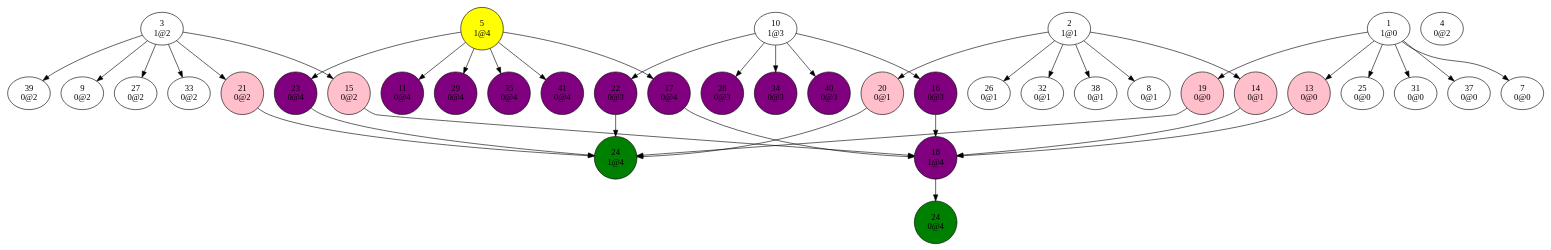
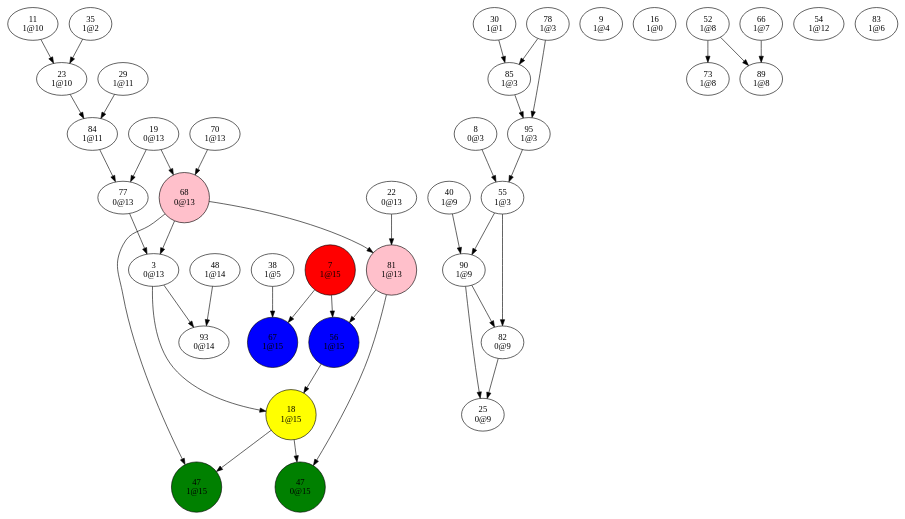
The diagram in dev/bin/conflictGraph3.dot (Oxmose/SATSolver), drawn with Graphviz before and after one commit. The commit also changed 18 other files, not shown here.

```diff
--- a/dev/bin/conflictGraph3.dot
+++ b/dev/bin/conflictGraph3.dot
@@ -1,208 +1,157 @@
 digraph {
-"1
-1@0"->"7
-0@0";
-"1
-1@0"->"13
-0@0";
-"1
-1@0"->"19
-0@0";
-"1
-1@0"->"25
-0@0";
-"1
-1@0"->"31
-0@0";
-"1
-1@0"->"37
-0@0";
-"2
-1@1"->"8
-0@1";
-"2
-1@1"->"14
-0@1";
-"2
-1@1"->"20
-0@1";
-"2
-1@1"->"26
-0@1";
-"2
-1@1"->"32
-0@1";
-"2
-1@1"->"38
-0@1";
 "3
-1@2"->"9
-0@2";
+0@13"->"18
+1@15";
 "3
-1@2"->"15
-0@2";
-"3
-1@2"->"21
-0@2";
-"3
-1@2"->"27
-0@2";
-"3
-1@2"->"33
-0@2";
-"3
-1@2"->"39
-0@2";
-"4
-0@2";
-"5
-1@4"->"11
-0@4";
-"5
-1@4"->"17
-0@4";
-"5
-1@4"->"23
-0@4";
-"5
-1@4"->"29
-0@4";
-"5
-1@4"->"35
-0@4";
-"5
-1@4"->"41
-0@4";
+0@13"->"93
+0@14";
 "7
-0@0";
+1@15"->"56
+1@15";
+"7
+1@15"->"67
+1@15";
 "8
-0@1";
+0@3"->"55
+1@3";
 "9
-0@2";
-"10
-1@3"->"16
-0@3";
-"10
-1@3"->"22
-0@3";
-"10
-1@3"->"28
-0@3";
-"10
-1@3"->"34
-0@3";
-"10
-1@3"->"40
-0@3";
+1@4";
 "11
-0@4";
-"13
-0@0"->"18
-1@4";
-"14
-0@1"->"18
-1@4";
-"15
-0@2"->"18
-1@4";
+1@10"->"23
+1@10";
 "16
-0@3"->"18
-1@4";
-"17
-0@4"->"18
-1@4";
+1@0";
 "18
-1@4"->"24
-0@4";
+1@15"->"47
+0@15";
+"18
+1@15"->"47
+1@15";
 "19
-0@0"->"24
-1@4";
-"20
-0@1"->"24
-1@4";
-"21
-0@2"->"24
-1@4";
+0@13"->"68
+0@13";
+"19
+0@13"->"77
+0@13";
 "22
-0@3"->"24
-1@4";
+0@13"->"81
+1@13";
 "23
-0@4"->"24
-1@4";
-"24
-0@4";
-"24
-1@4";
+1@10"->"84
+1@11";
 "25
-0@0";
-"26
-0@1";
-"27
-0@2";
-"28
-0@3";
+0@9";
 "29
-0@4";
-"31
-0@0";
-"32
-0@1";
-"33
-0@2";
-"34
-0@3";
+1@11"->"84
+1@11";
+"30
+1@1"->"85
+1@3";
 "35
-0@4";
-"37
-0@0";
+1@2"->"23
+1@10";
 "38
-0@1";
-"39
-0@2";
+1@5"->"67
+1@15";
 "40
-0@3";
-"41
-0@4";
-"5
-1@4"[shape=circle, style=filled, fillcolor=yellow];
-"11
-0@4"[shape=circle, style=filled, fillcolor=purple];
-"13
-0@0"[shape=circle, style=filled, fillcolor=pink];
-"14
-0@1"[shape=circle, style=filled, fillcolor=pink];
-"15
-0@2"[shape=circle, style=filled, fillcolor=pink];
-"16
-0@3"[shape=circle, style=filled, fillcolor=purple];
-"17
-0@4"[shape=circle, style=filled, fillcolor=purple];
+1@9"->"90
+1@9";
+"47
+0@15";
+"47
+1@15";
+"48
+1@14"->"93
+0@14";
+"52
+1@8"->"73
+1@8";
+"52
+1@8"->"89
+1@8";
+"54
+1@12";
+"55
+1@3"->"82
+0@9";
+"55
+1@3"->"90
+1@9";
+"56
+1@15"->"18
+1@15";
+"66
+1@7"->"89
+1@8";
+"67
+1@15";
+"68
+0@13"->"3
+0@13";
+"68
+0@13"->"47
+1@15";
+"68
+0@13"->"81
+1@13";
+"70
+1@13"->"68
+0@13";
+"73
+1@8";
+"77
+0@13"->"3
+0@13";
+"78
+1@3"->"85
+1@3";
+"78
+1@3"->"95
+1@3";
+"81
+1@13"->"47
+0@15";
+"81
+1@13"->"56
+1@15";
+"82
+0@9"->"25
+0@9";
+"83
+1@6";
+"84
+1@11"->"77
+0@13";
+"85
+1@3"->"95
+1@3";
+"89
+1@8";
+"90
+1@9"->"25
+0@9";
+"90
+1@9"->"82
+0@9";
+"93
+0@14";
+"95
+1@3"->"55
+1@3";
+"7
+1@15"[shape=circle, style=filled, fillcolor=red];
 "18
-1@4"[shape=circle, style=filled, fillcolor=purple];
-"19
-0@0"[shape=circle, style=filled, fillcolor=pink];
-"20
-0@1"[shape=circle, style=filled, fillcolor=pink];
-"21
-0@2"[shape=circle, style=filled, fillcolor=pink];
-"22
-0@3"[shape=circle, style=filled, fillcolor=purple];
-"23
-0@4"[shape=circle, style=filled, fillcolor=purple];
-"24
-0@4"[shape=circle, style=filled, fillcolor=green];
-"24
-1@4"[shape=circle, style=filled, fillcolor=green];
-"28
-0@3"[shape=circle, style=filled, fillcolor=purple];
-"29
-0@4"[shape=circle, style=filled, fillcolor=purple];
-"34
-0@3"[shape=circle, style=filled, fillcolor=purple];
-"35
-0@4"[shape=circle, style=filled, fillcolor=purple];
-"40
-0@3"[shape=circle, style=filled, fillcolor=purple];
-"41
-0@4"[shape=circle, style=filled, fillcolor=purple];
+1@15"[shape=circle, style=filled, fillcolor=yellow];
+"47
+0@15"[shape=circle, style=filled, fillcolor=green];
+"47
+1@15"[shape=circle, style=filled, fillcolor=green];
+"56
+1@15"[shape=circle, style=filled, fillcolor=blue];
+"67
+1@15"[shape=circle, style=filled, fillcolor=blue];
+"68
+0@13"[shape=circle, style=filled, fillcolor=pink];
+"81
+1@13"[shape=circle, style=filled, fillcolor=pink];
 }
```
